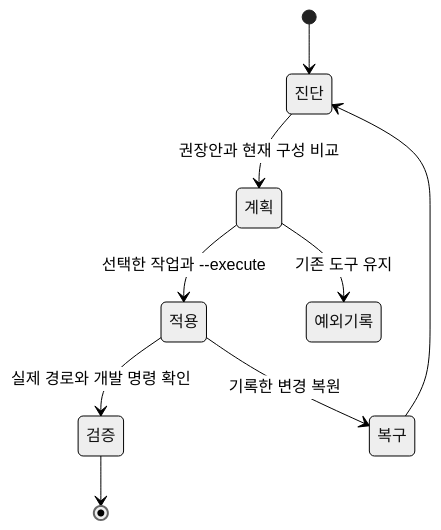
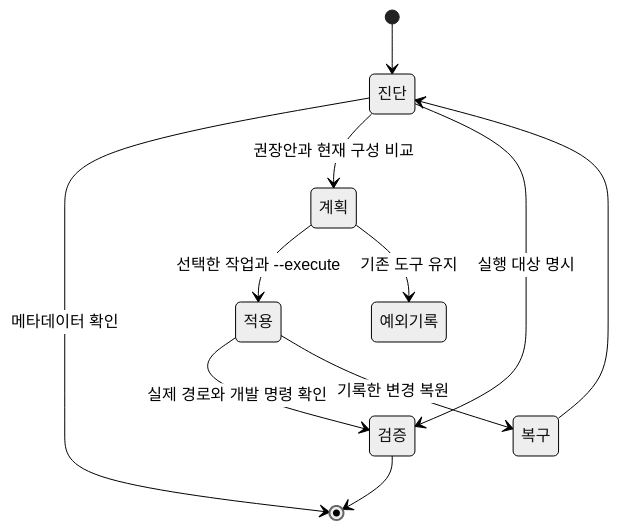
The diagram in README.md (tttaliesin/windows-agent-devkit), drawn with Mermaid (neutral theme) before and after one commit. The commit also changed other lines of this file and 38 other files, not shown here.

````diff
--- a/README.md
+++ b/README.md
@@ -72,11 +88,13 @@
 ```mermaid
 stateDiagram-v2
     [*] --> 진단
+    진단 --> [*]: 메타데이터 확인
     진단 --> 계획: 권장안과 현재 구성 비교
+    진단 --> 검증: 실행 대상 명시
     계획 --> 적용: 선택한 작업과 --execute
     적용 --> 검증: 실제 경로와 개발 명령 확인
     적용 --> 복구: 기록한 변경 복원
     계획 --> 예외기록: 기존 도구 유지
     검증 --> [*]
     복구 --> 진단
 ```
````
